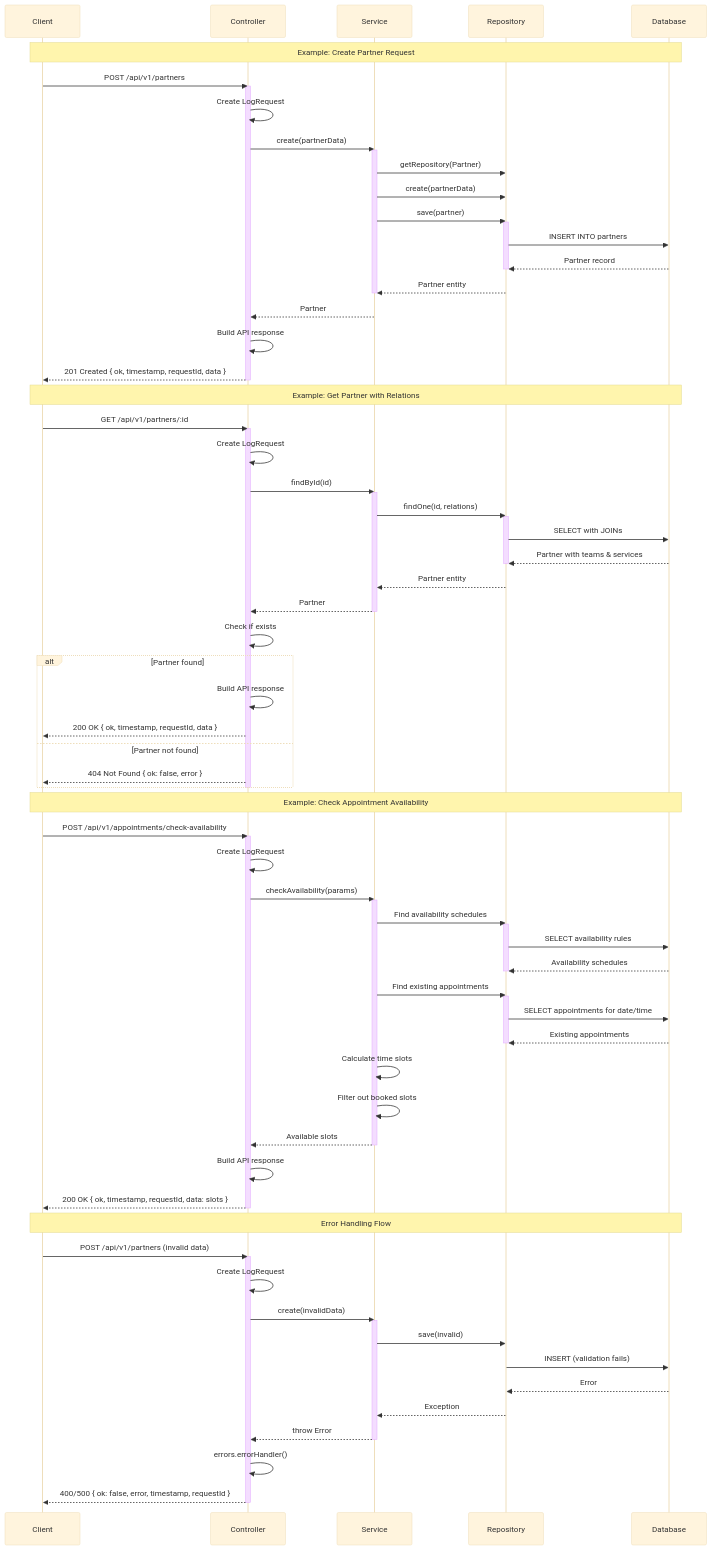
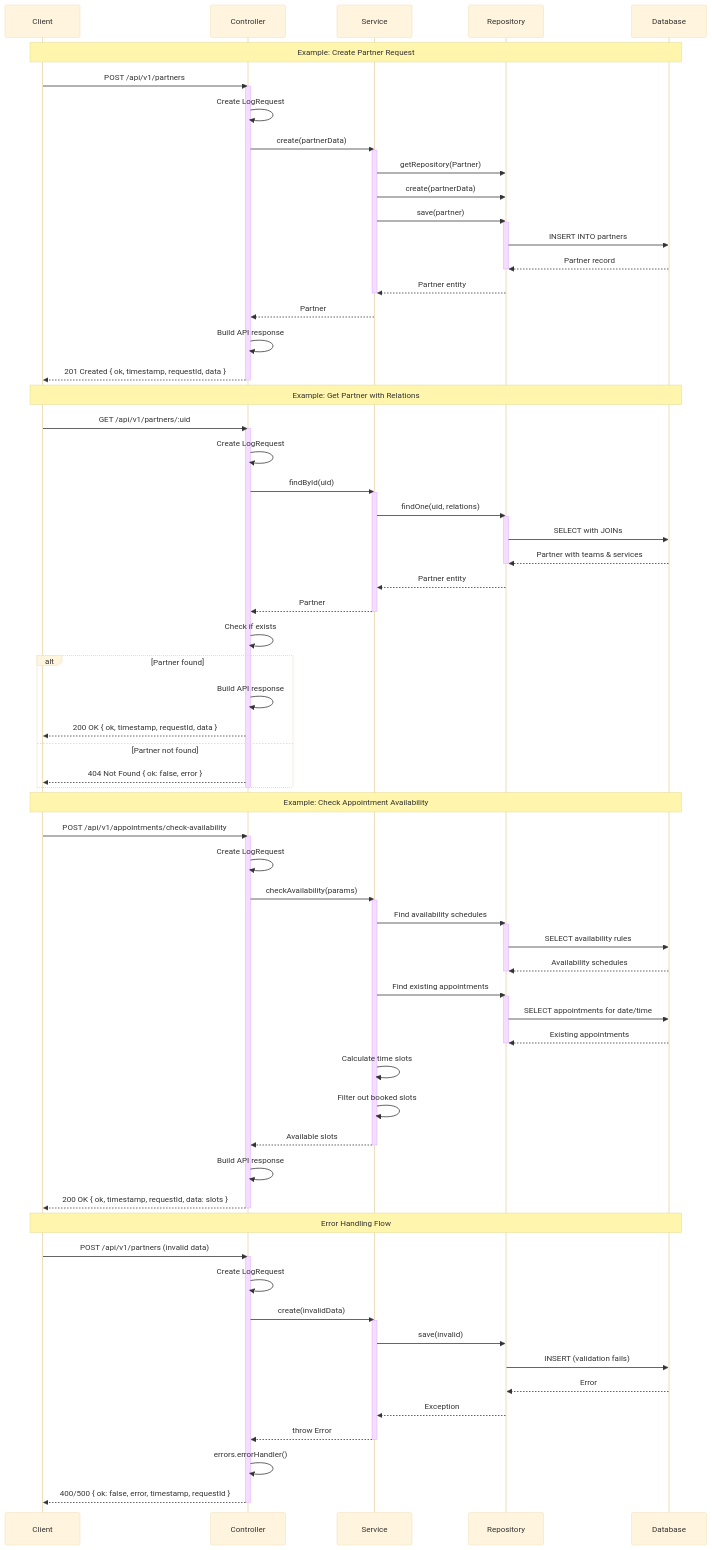
The diagram in services/partner-service/docs/architecture/data-flow.mermaid (giusmento/pulcherbook-be), drawn with Mermaid (base theme) before and after one commit. The commit also changed 56 other files, not shown here.

```diff
--- a/services/partner-service/docs/architecture/data-flow.mermaid
+++ b/services/partner-service/docs/architecture/data-flow.mermaid
@@ -1,93 +1,93 @@
 sequenceDiagram
     participant Client
     participant Controller
     participant Service
     participant Repository
     participant Database
 
     Note over Client,Database: Example: Create Partner Request
 
     Client->>Controller: POST /api/v1/partners
     activate Controller
     Controller->>Controller: Create LogRequest
     Controller->>Service: create(partnerData)
     activate Service
     Service->>Repository: getRepository(Partner)
     Service->>Repository: create(partnerData)
     Service->>Repository: save(partner)
     activate Repository
     Repository->>Database: INSERT INTO partners
     Database-->>Repository: Partner record
     deactivate Repository
     Repository-->>Service: Partner entity
     deactivate Service
     Service-->>Controller: Partner
     Controller->>Controller: Build API response
     Controller-->>Client: 201 Created { ok, timestamp, requestId, data }
     deactivate Controller
 
     Note over Client,Database: Example: Get Partner with Relations
 
-    Client->>Controller: GET /api/v1/partners/:id
+    Client->>Controller: GET /api/v1/partners/:uid
     activate Controller
     Controller->>Controller: Create LogRequest
-    Controller->>Service: findById(id)
+    Controller->>Service: findById(uid)
     activate Service
-    Service->>Repository: findOne(id, relations)
+    Service->>Repository: findOne(uid, relations)
     activate Repository
     Repository->>Database: SELECT with JOINs
     Database-->>Repository: Partner with teams & services
     deactivate Repository
     Repository-->>Service: Partner entity
     Service-->>Controller: Partner
     deactivate Service
     Controller->>Controller: Check if exists
     alt Partner found
         Controller->>Controller: Build API response
         Controller-->>Client: 200 OK { ok, timestamp, requestId, data }
     else Partner not found
         Controller-->>Client: 404 Not Found { ok: false, error }
     end
     deactivate Controller
 
     Note over Client,Database: Example: Check Appointment Availability
 
     Client->>Controller: POST /api/v1/appointments/check-availability
     activate Controller
     Controller->>Controller: Create LogRequest
     Controller->>Service: checkAvailability(params)
     activate Service
     Service->>Repository: Find availability schedules
     activate Repository
     Repository->>Database: SELECT availability rules
     Database-->>Repository: Availability schedules
     deactivate Repository
     Service->>Repository: Find existing appointments
     activate Repository
     Repository->>Database: SELECT appointments for date/time
     Database-->>Repository: Existing appointments
     deactivate Repository
     Service->>Service: Calculate time slots
     Service->>Service: Filter out booked slots
     Service-->>Controller: Available slots
     deactivate Service
     Controller->>Controller: Build API response
     Controller-->>Client: 200 OK { ok, timestamp, requestId, data: slots }
     deactivate Controller
 
     Note over Client,Database: Error Handling Flow
 
     Client->>Controller: POST /api/v1/partners (invalid data)
     activate Controller
     Controller->>Controller: Create LogRequest
     Controller->>Service: create(invalidData)
     activate Service
     Service->>Repository: save(invalid)
     Repository->>Database: INSERT (validation fails)
     Database-->>Repository: Error
     Repository-->>Service: Exception
     Service-->>Controller: throw Error
     deactivate Service
     Controller->>Controller: errors.errorHandler()
     Controller-->>Client: 400/500 { ok: false, error, timestamp, requestId }
     deactivate Controller
```
